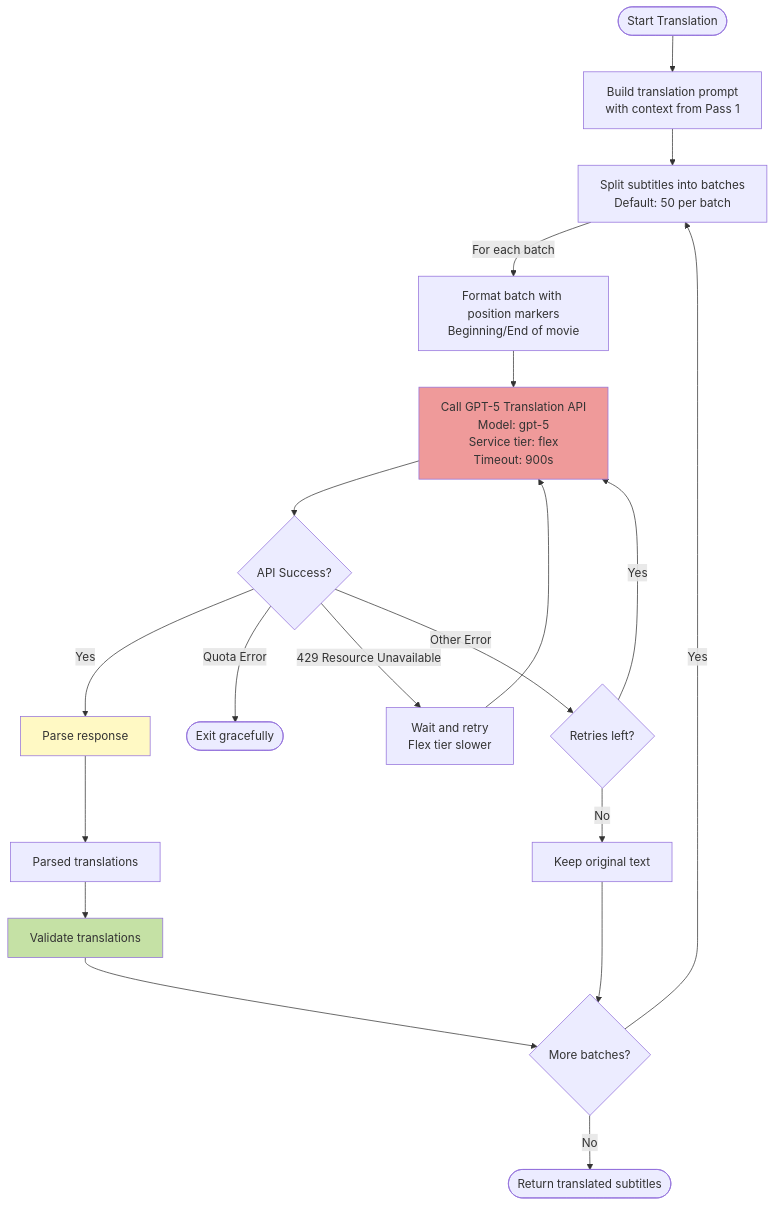
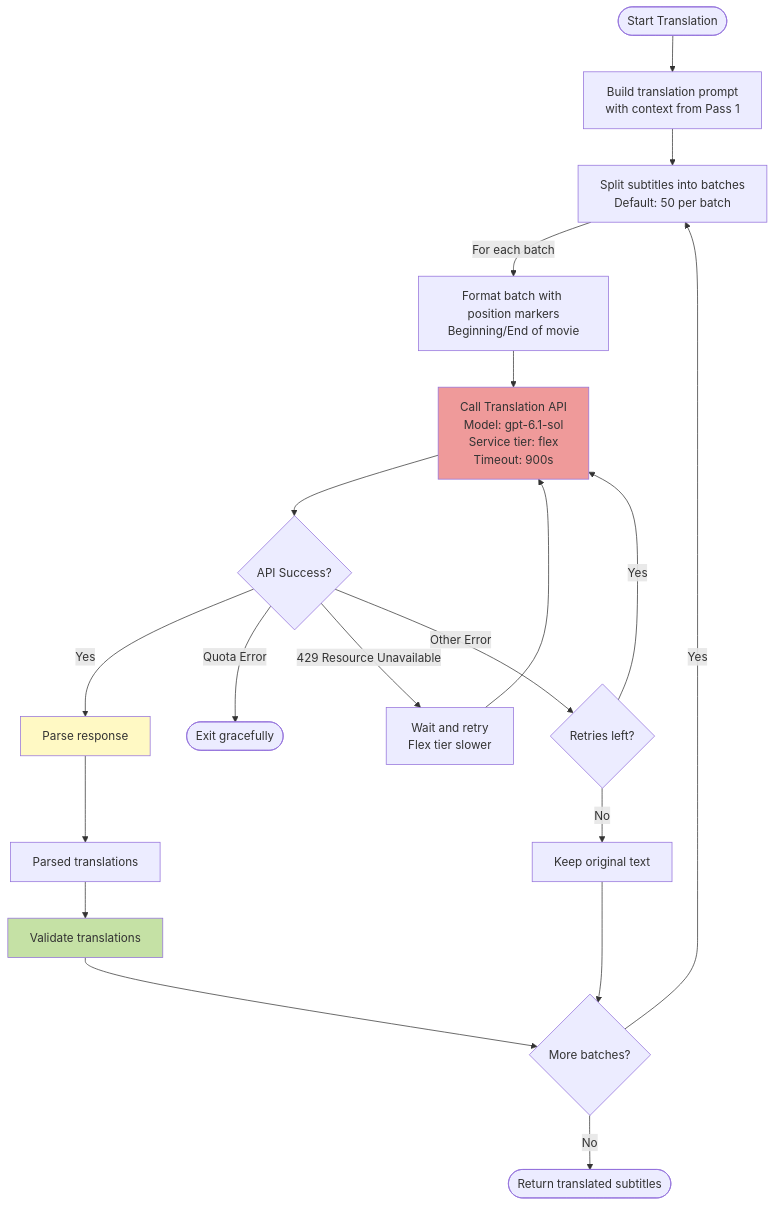
Before and after one commit to lepinkainen/subtrans: the third of 8 diagrams in docs/translation-process.md, drawn with Mermaid. The commit also changed other lines of this file and 2 other files, not shown here.

Commit message:
feat(config): default both passes to gpt-6.1-sol
Update the example config and docs to default both passes to gpt-6.1-sol. CLAUDE.md also picks up the Python 3.14 to 3.15 wording change.

````diff
--- a/docs/translation-process.md
+++ b/docs/translation-process.md
@@ -88,32 +88,32 @@
 ```mermaid
 flowchart TD
     Start([Start Translation]) --> BuildPrompt[Build translation prompt<br/>with context from Pass 1]
     BuildPrompt --> Batch[Split subtitles into batches<br/>Default: 50 per batch]
 
     Batch --> |For each batch| Format[Format batch with position markers<br/>Beginning/End of movie]
-    Format --> CallAPI[Call GPT-5 Translation API<br/>Model: gpt-5<br/>Service tier: flex<br/>Timeout: 900s]
+    Format --> CallAPI[Call Translation API<br/>Model: gpt-6.1-sol<br/>Service tier: flex<br/>Timeout: 900s]
 
     CallAPI --> Response{API Success?}
 
     Response --> |Yes| Parse[Parse response]
     Response --> |Quota Error| Exit([Exit gracefully])
     Response --> |429 Resource Unavailable| Wait[Wait and retry<br/>Flex tier slower]
     Response --> |Other Error| Retry{Retries left?}
 
     Wait --> CallAPI
     Retry --> |Yes| CallAPI
     Retry --> |No| KeepOrig[Keep original text]
 
     Parse --> Parsed[Parsed translations]
     KeepOrig --> NextBatch
 
     Parsed --> Validate[Validate translations]
     Validate --> NextBatch{More batches?}
 
     NextBatch --> |Yes| Batch
     NextBatch --> |No| Return([Return translated subtitles])
 
     style CallAPI fill:#ef9a9a
     style Parse fill:#fff9c4
     style Validate fill:#c5e1a5
 ```
````
